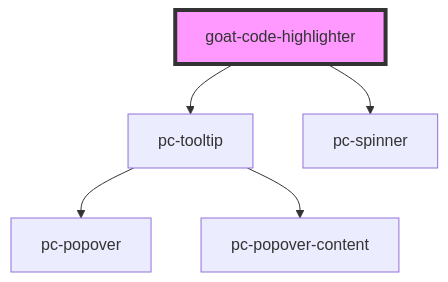
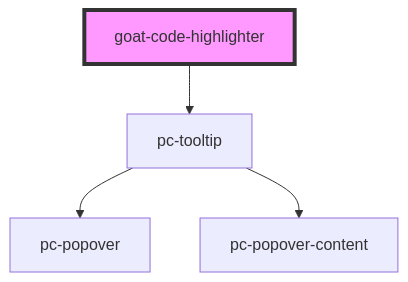
One commit to redvars/peacock changed the diagram in src/components/application/code-highlighter/readme.md. Above: the diagram before and after it, drawn with Mermaid. The commit also changed other lines of this file and 110 other files, not shown here.

````diff
--- a/src/components/application/code-highlighter/readme.md
+++ b/src/components/application/code-highlighter/readme.md
@@ -28,8 +34,7 @@
 ```mermaid
 graph TD;
   goat-code-highlighter --> pc-tooltip
-  goat-code-highlighter --> pc-spinner
   pc-tooltip --> pc-popover
   pc-tooltip --> pc-popover-content
   style goat-code-highlighter fill:#f9f,stroke:#333,stroke-width:4px
 ```
````
